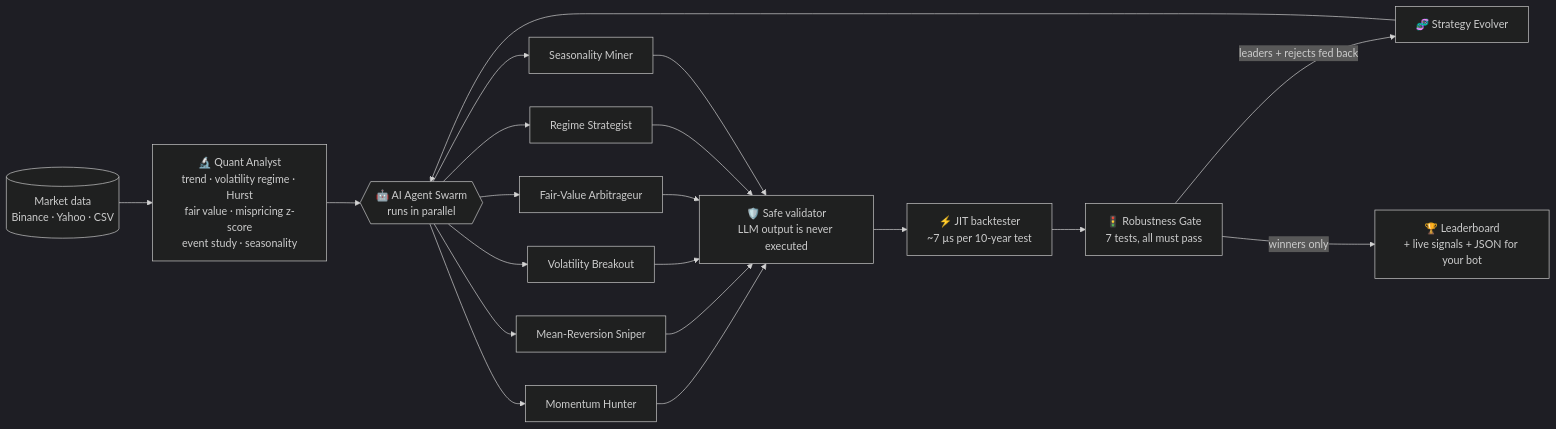
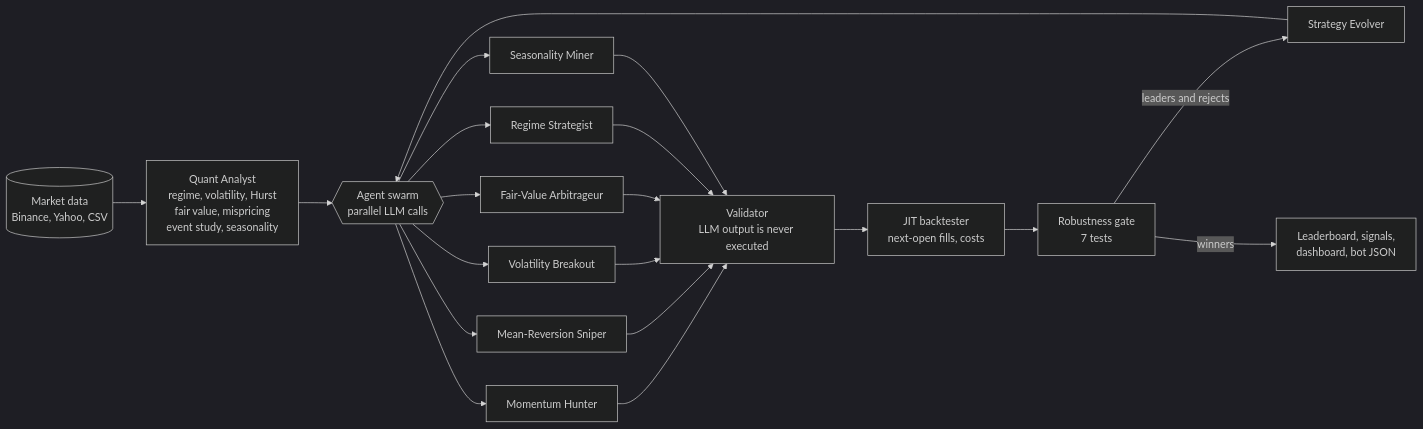
One commit to roan-maverick/ai-trading-strategy-agents changed the diagram in README.md. Above: the diagram before and after it, drawn with Mermaid (dark theme). The commit also changed other lines of this file and 16 other files, not shown here.

````diff
--- a/README.md
+++ b/README.md
@@ -52,17 +94,17 @@
 ```mermaid
 flowchart LR
-    D[(Market data<br/>Binance · Yahoo · CSV)] --> A[🔬 Quant Analyst<br/>trend · volatility regime · Hurst<br/>fair value · mispricing z-score<br/>event study · seasonality]
-    A --> S{{🤖 AI Agent Swarm<br/>runs in parallel}}
+    D[(Market data<br/>Binance, Yahoo, CSV)] --> A[Quant Analyst<br/>regime, volatility, Hurst<br/>fair value, mispricing<br/>event study, seasonality]
+    A --> S{{Agent swarm<br/>parallel LLM calls}}
     S --> M1[Momentum Hunter]
     S --> M2[Mean-Reversion Sniper]
     S --> M3[Volatility Breakout]
     S --> M4[Fair-Value Arbitrageur]
     S --> M5[Regime Strategist]
     S --> M6[Seasonality Miner]
-    M1 & M2 & M3 & M4 & M5 & M6 --> V[🛡️ Safe validator<br/>LLM output is never executed]
-    V --> B[⚡ JIT backtester<br/>~7 µs per 10-year test]
-    B --> G[🚦 Robustness Gate<br/>7 tests, all must pass]
-    G -->|leaders + rejects fed back| E[🧬 Strategy Evolver]
+    M1 & M2 & M3 & M4 & M5 & M6 --> V[Validator<br/>LLM output is never executed]
+    V --> B[JIT backtester<br/>next-open fills, costs]
+    B --> G[Robustness gate<br/>7 tests]
+    G -->|leaders and rejects| E[Strategy Evolver]
     E --> S
-    G -->|winners only| W[🏆 Leaderboard<br/>+ live signals + JSON for your bot]
+    G -->|winners| W[Leaderboard, signals,<br/>dashboard, bot JSON]
 ```
````
